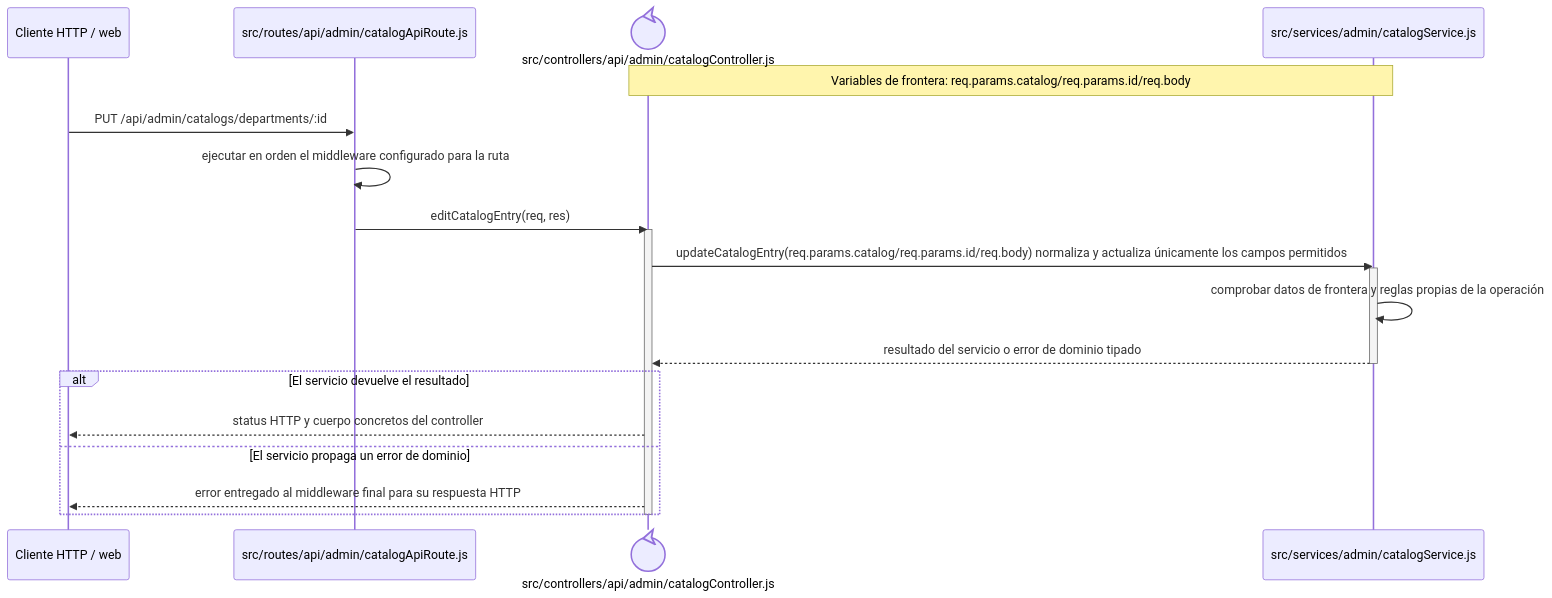
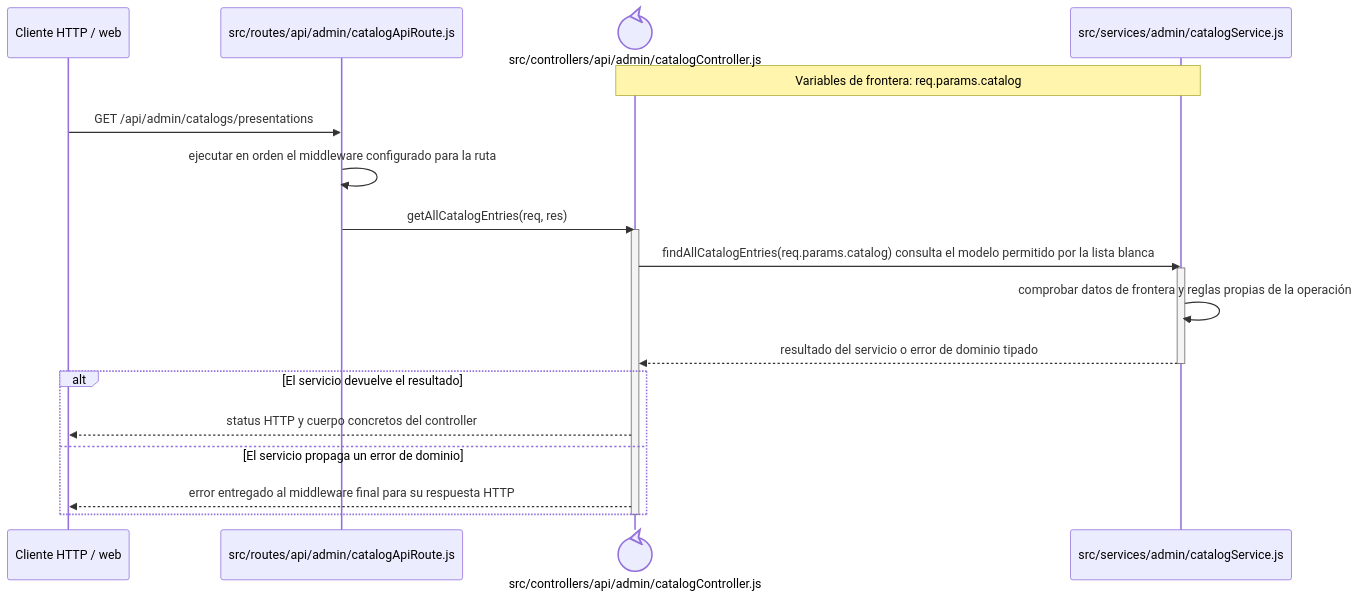
Before and after one commit to gpgsistemas01/nexus: the diagram in docs/architecture/backend-code-sequences/catalogs/cu-cat-33.md, drawn with Mermaid. The commit also changed other lines of this file and 126 other files, not shown here.

````diff
--- a/docs/architecture/backend-code-sequences/catalogs/cu-cat-33.md
+++ b/docs/architecture/backend-code-sequences/catalogs/cu-cat-33.md
@@ -6,24 +6,24 @@
 ```mermaid
 sequenceDiagram
     participant Client as Cliente HTTP / web
     participant Route as src/routes/api/admin/catalogApiRoute.js
     participant Controller@{ "type": "control" } as src/controllers/api/admin/catalogController.js
     participant Domain as src/services/admin/catalogService.js
-    Note over Controller,Domain: Variables de frontera: req.params.catalog/req.params.id/req.body
+    Note over Controller,Domain: Variables de frontera: req.params.catalog
 
-    Client->>Route: PUT /api/admin/catalogs/departments/:id
+    Client->>Route: GET /api/admin/catalogs/presentations
     Route->>Route: ejecutar en orden el middleware configurado para la ruta
-    Route->>Controller: editCatalogEntry(req, res)
+    Route->>Controller: getAllCatalogEntries(req, res)
     activate Controller
-    Controller->>Domain: updateCatalogEntry(req.params.catalog/req.params.id/req.body) normaliza y actualiza únicamente los campos permitidos
+    Controller->>Domain: findAllCatalogEntries(req.params.catalog) consulta el modelo permitido por la lista blanca
     activate Domain
     Domain->>Domain: comprobar datos de frontera y reglas propias de la operación
     Domain-->>Controller: resultado del servicio o error de dominio tipado
     deactivate Domain
     alt El servicio devuelve el resultado
         Controller-->>Client: status HTTP y cuerpo concretos del controller
     else El servicio propaga un error de dominio
         Controller-->>Client: error entregado al middleware final para su respuesta HTTP
     end
     deactivate Controller
 ```
````
